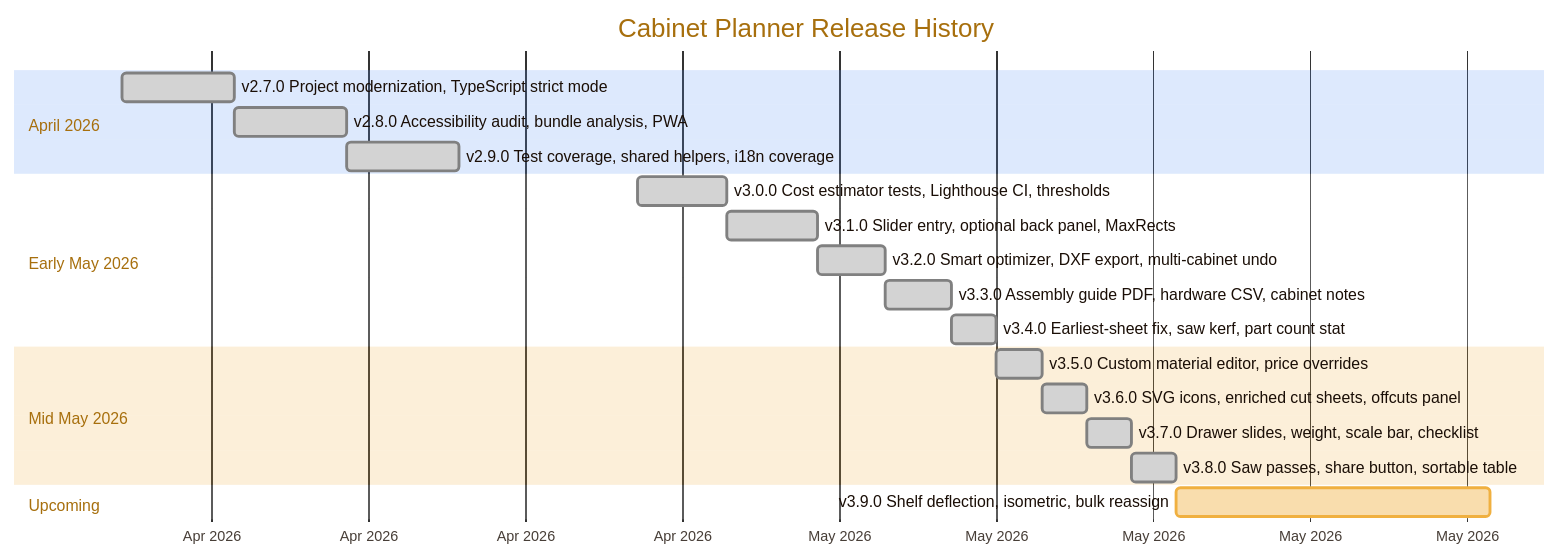
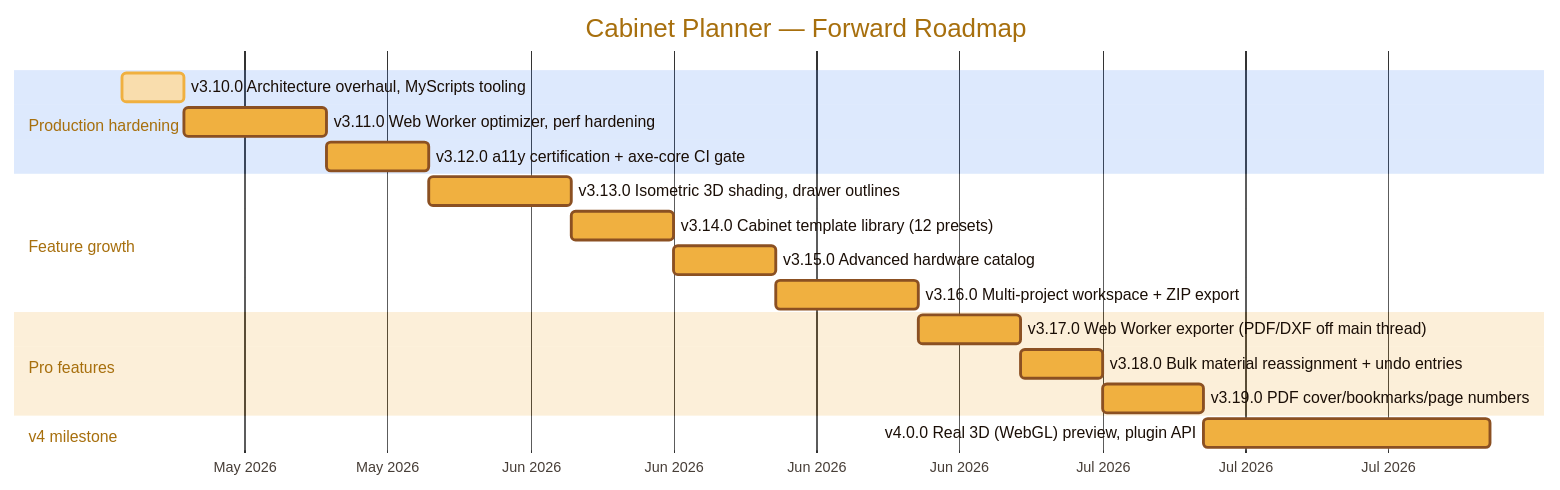
Before and after one commit to RajwanYair/WoodworkingShop: the diagram in ROADMAP.md, drawn with Mermaid. The commit also changed other lines of this file and 11 other files, not shown here.

First line of the commit message:
feat: v3.10.0 - production hardening and MyScripts tooling

````diff
--- a/ROADMAP.md
+++ b/ROADMAP.md
@@ -9,24 +37,22 @@
 ```mermaid
 %%{init: {'theme': 'base', 'themeVariables': {'primaryColor': '#f0b040', 'primaryTextColor': '#1a0e06', 'primaryBorderColor': '#8b5022', 'lineColor': '#7a4010'}}}%%
 gantt
-  title Cabinet Planner Release History
+  title Cabinet Planner — Forward Roadmap
   dateFormat YYYY-MM-DD
   axisFormat %b %Y
-  section April 2026
-    v2.7.0 Project modernization, TypeScript strict mode  :done, v270, 2026-04-01, 5d
-    v2.8.0 Accessibility audit, bundle analysis, PWA      :done, v280, after v270, 5d
-    v2.9.0 Test coverage, shared helpers, i18n coverage   :done, v290, after v280, 5d
-  section Early May 2026
-    v3.0.0 Cost estimator tests, Lighthouse CI, thresholds :done, v300, 2026-04-24, 4d
-    v3.1.0 Slider entry, optional back panel, MaxRects     :done, v310, after v300, 4d
-    v3.2.0 Smart optimizer, DXF export, multi-cabinet undo :done, v320, after v310, 3d
-    v3.3.0 Assembly guide PDF, hardware CSV, cabinet notes :done, v330, after v320, 3d
-    v3.4.0 Earliest-sheet fix, saw kerf, part count stat   :done, v340, after v330, 2d
-  section Mid May 2026
-    v3.5.0 Custom material editor, price overrides         :done, v350, after v340, 2d
-    v3.6.0 SVG icons, enriched cut sheets, offcuts panel   :done, v360, after v350, 2d
-    v3.7.0 Drawer slides, weight, scale bar, checklist     :done, v370, after v360, 2d
-    v3.8.0 Saw passes, share button, sortable table        :done, v380, after v370, 2d
-  section Upcoming
-    v3.9.0 Shelf deflection, isometric, bulk reassign      :active, v390, after v380, 14d
+  section Production hardening
+    v3.10.0 Architecture overhaul, MyScripts tooling      :active, v3100, 2026-05-18, 3d
+    v3.11.0 Web Worker optimizer, perf hardening          :v3110, after v3100, 7d
+    v3.12.0 a11y certification + axe-core CI gate         :v3120, after v3110, 5d
+  section Feature growth
+    v3.13.0 Isometric 3D shading, drawer outlines         :v3130, after v3120, 7d
+    v3.14.0 Cabinet template library (12 presets)         :v3140, after v3130, 5d
+    v3.15.0 Advanced hardware catalog                     :v3150, after v3140, 5d
+    v3.16.0 Multi-project workspace + ZIP export          :v3160, after v3150, 7d
+  section Pro features
+    v3.17.0 Web Worker exporter (PDF/DXF off main thread) :v3170, after v3160, 5d
+    v3.18.0 Bulk material reassignment + undo entries     :v3180, after v3170, 4d
+    v3.19.0 PDF cover/bookmarks/page numbers              :v3190, after v3180, 5d
+  section v4 milestone
+    v4.0.0 Real 3D (WebGL) preview, plugin API            :v400, after v3190, 14d
 ```
````
